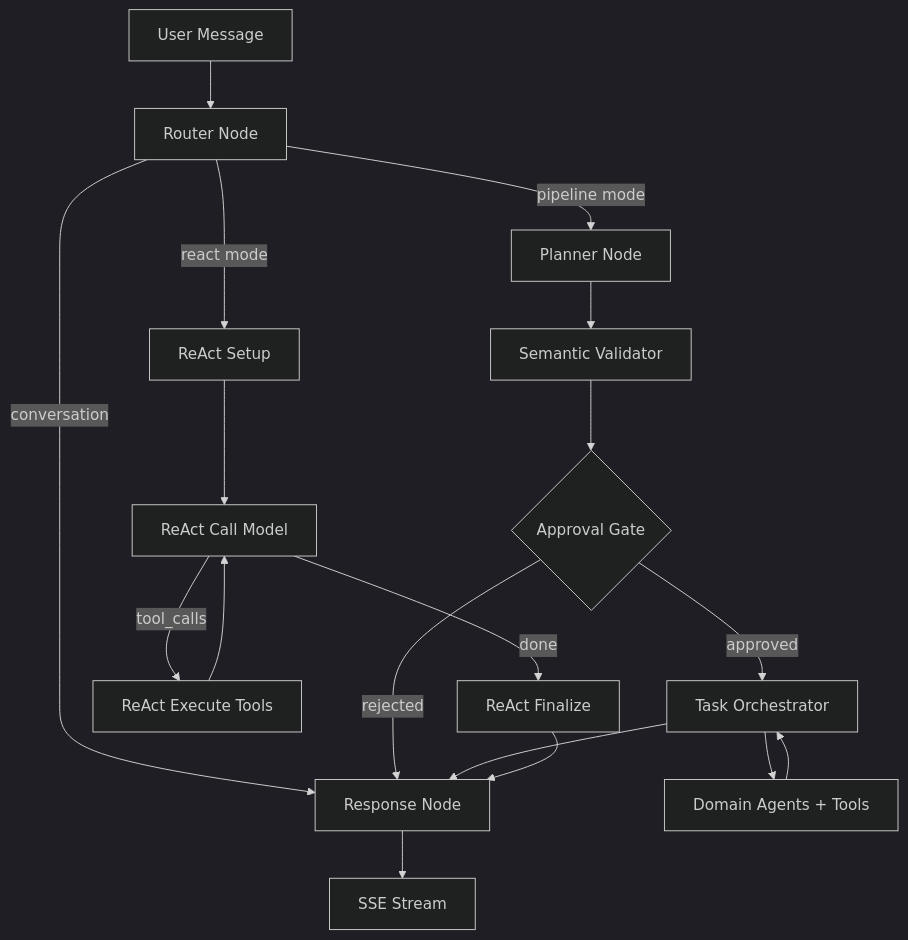
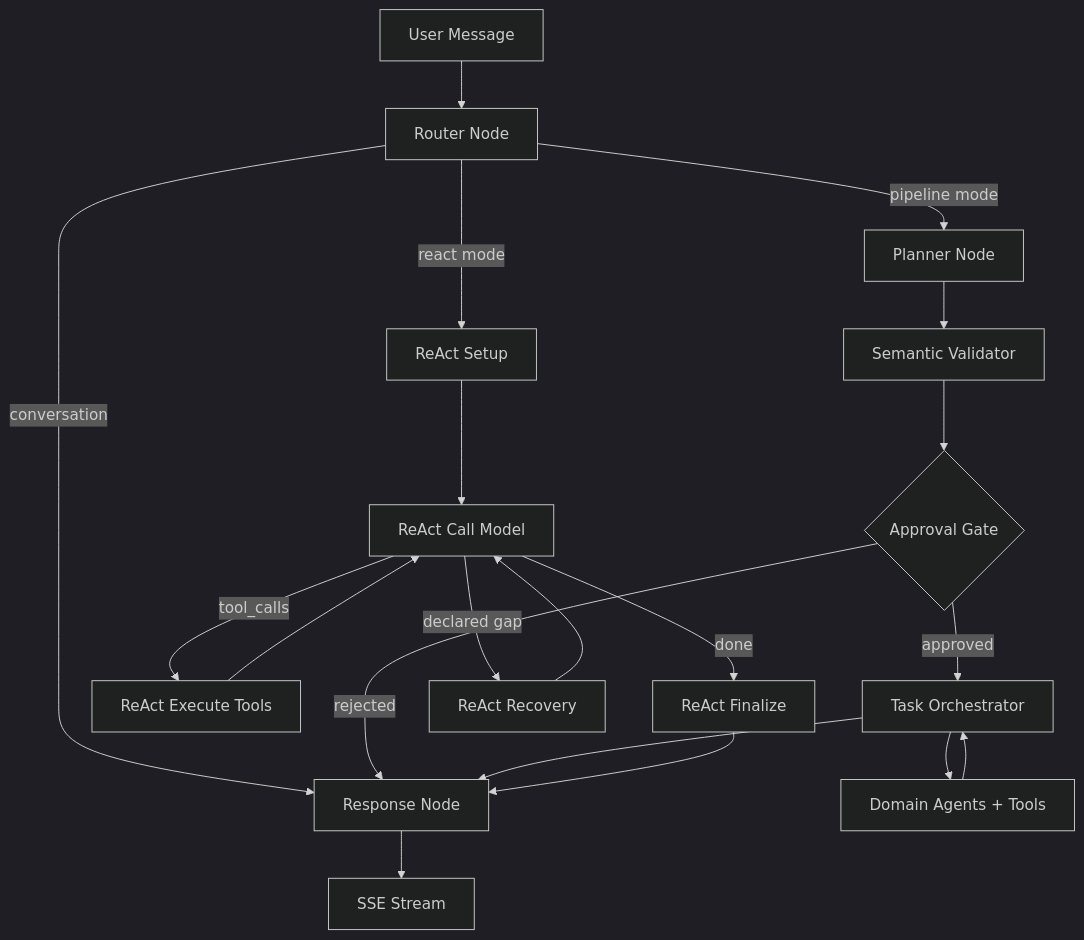
Before and after one commit to jgouviergmail/LIA-Assistant: the diagram in README.md, drawn with Mermaid (dark theme). The commit also changed other lines of this file and 713 other files, not shown here.

````diff
--- a/README.md
+++ b/README.md
@@ -421,20 +422,22 @@
 ```mermaid
 graph TD
     A[User Message] --> B[Router Node]
     B -->|conversation| C[Response Node]
     B -->|pipeline mode| D[Planner Node]
     B -->|react mode| R1[ReAct Setup]
     D --> E[Semantic Validator]
     E --> F{Approval Gate}
     F -->|approved| G[Task Orchestrator]
     F -->|rejected| C
     G --> H[Domain Agents + Tools]
     H --> G
     G --> C
     R1 --> R2[ReAct Call Model]
     R2 -->|tool_calls| R3[ReAct Execute Tools]
     R2 -->|done| R4[ReAct Finalize]
+    R2 -->|declared gap| R5[ReAct Recovery]
+    R5 --> R2
     R3 --> R2
     R4 --> C
     C --> J[SSE Stream]
 ```
````
